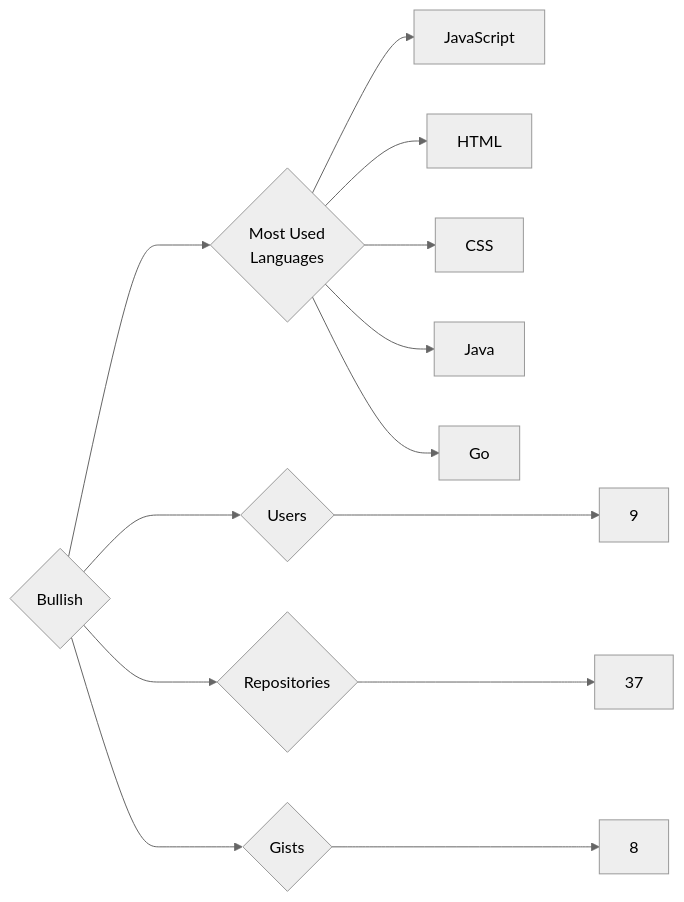
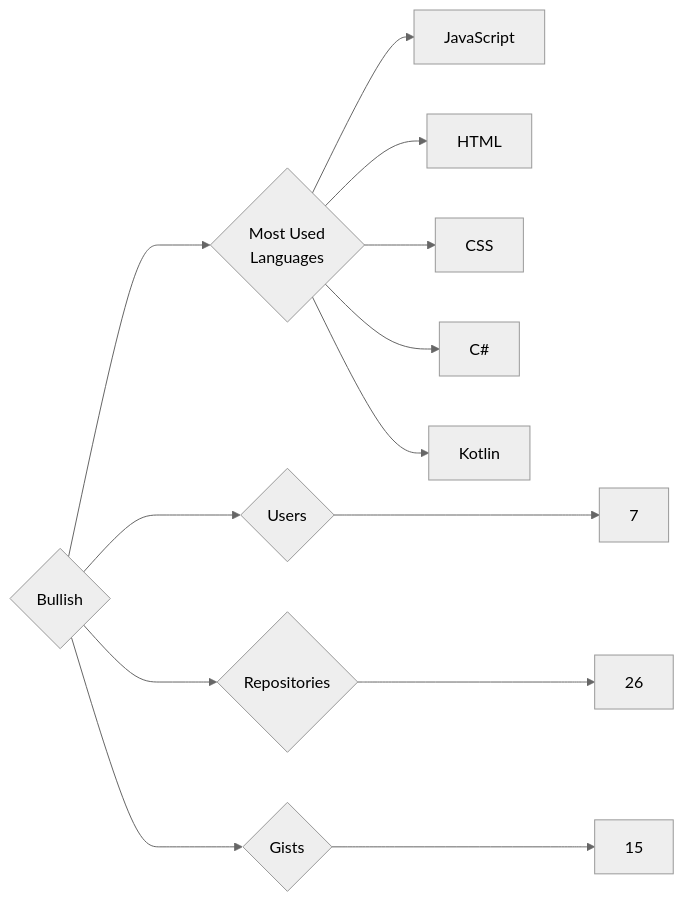
The diagram in targets/Bullish/README.md (trickest/insiders), drawn with Mermaid (neutral theme) before and after one commit. The commit also changed 882 other files, not shown here.

````diff
--- a/targets/Bullish/README.md
+++ b/targets/Bullish/README.md
@@ -3,13 +3,13 @@
 ```mermaid
 graph LR
 COMPANY_NAME{Bullish}
-COMPANY_NAME ---> U{Users} ---> UN[9]
-COMPANY_NAME ---> R{Repositories} ---> RN[37]
-COMPANY_NAME ---> G{Gists} ---> GN[8]
+COMPANY_NAME ---> U{Users} ---> UN[7]
+COMPANY_NAME ---> R{Repositories} ---> RN[26]
+COMPANY_NAME ---> G{Gists} ---> GN[15]
 COMPANY_NAME ---> ML{Most Used<br>Languages}
 ML --> JavaScript[JavaScript]
 ML --> HTML[HTML]
 ML --> CSS[CSS]
-ML --> Java[Java]
-ML --> Go[Go]
+ML --> C#[C#]
+ML --> Kotlin[Kotlin]
 ```
````
